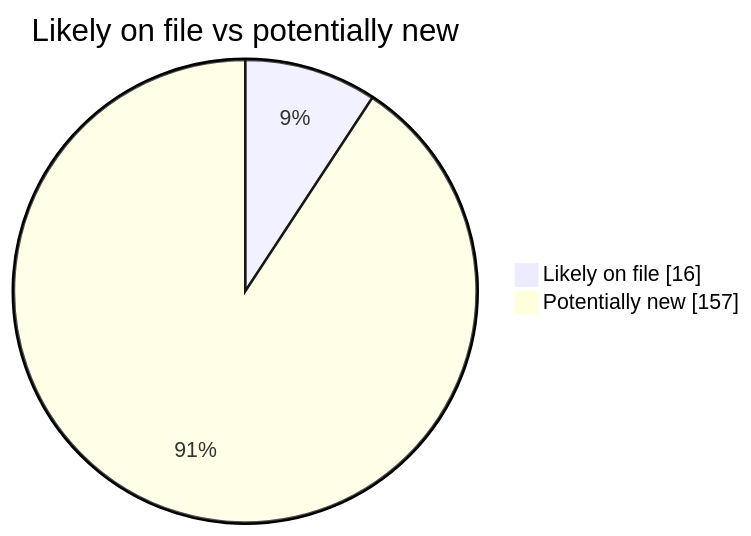
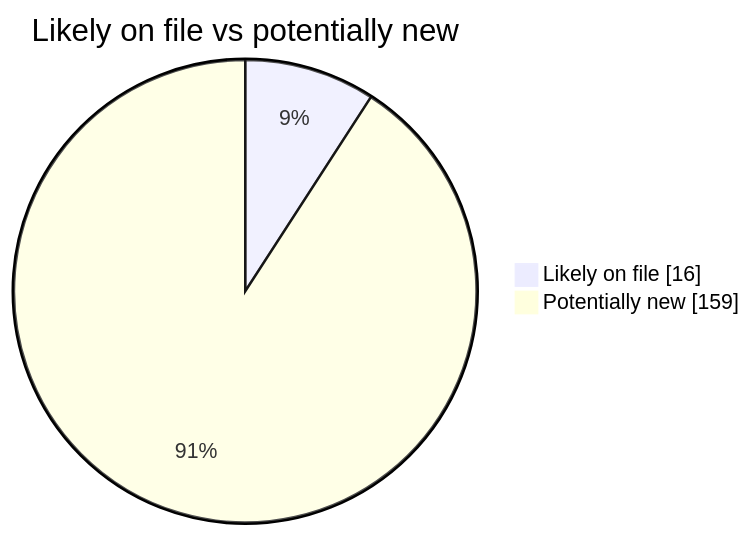
The second of 4 diagrams in README.md (martinbalfanz/social-scanner-reports), drawn with Mermaid before and after one commit. The commit also changed other lines of this file and 2 other files, not shown here.

````diff
--- a/README.md
+++ b/README.md
@@ -40,5 +40,5 @@
 ```mermaid
 pie showData title Likely on file vs potentially new
     "Likely on file" : 16
-    "Potentially new" : 157
+    "Potentially new" : 159
 ```
````
